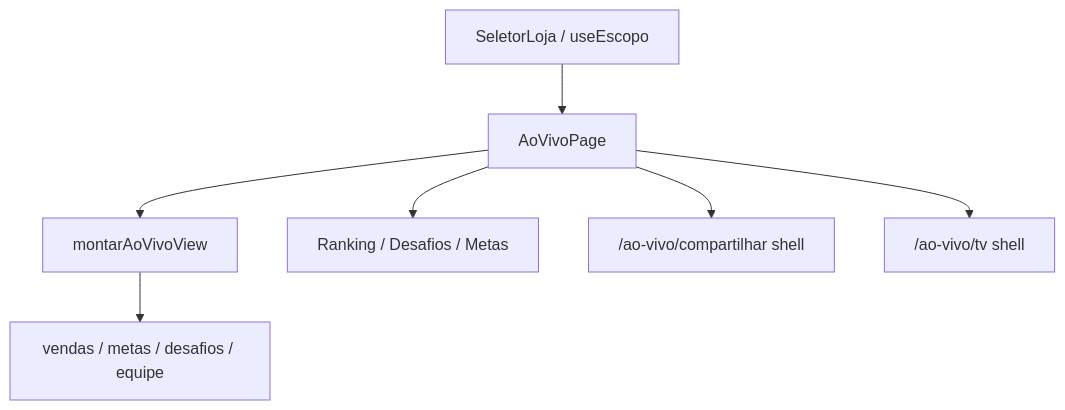
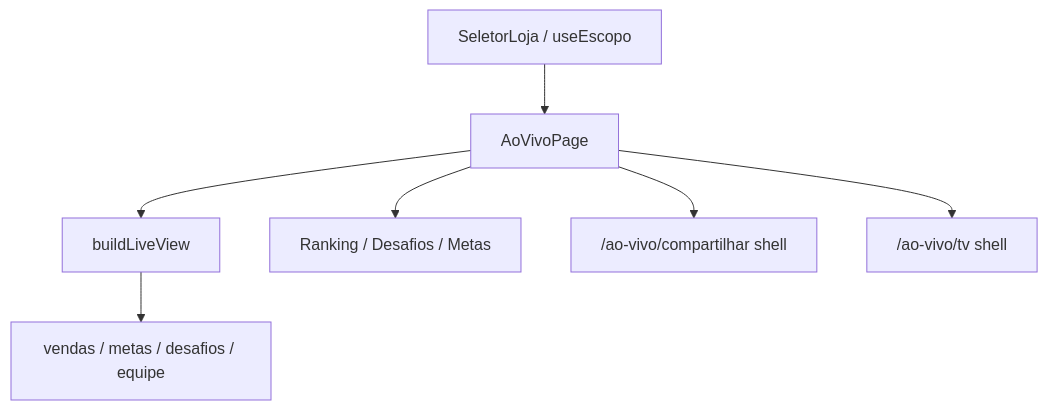
Before and after one commit to romeubessadev/gestaofranquias: the diagram in .specs/features/ao-vivo/design.md, drawn with Mermaid. The commit also changed other lines of this file and 320 other files, not shown here.

````diff
--- a/.specs/features/ao-vivo/design.md
+++ b/.specs/features/ao-vivo/design.md
@@ -12,9 +12,9 @@
 ```mermaid
 graph TD
   Topbar[SeletorLoja / useEscopo] --> Page[AoVivoPage]
-  Page --> View[montarAoVivoView]
+  Page --> View[buildLiveView]
   View --> Fixtures[vendas / metas / desafios / equipe]
   Page --> Tabs[Ranking / Desafios / Metas]
   Page --> Share["/ao-vivo/compartilhar shell"]
   Page --> TV["/ao-vivo/tv shell"]
 ```
````
